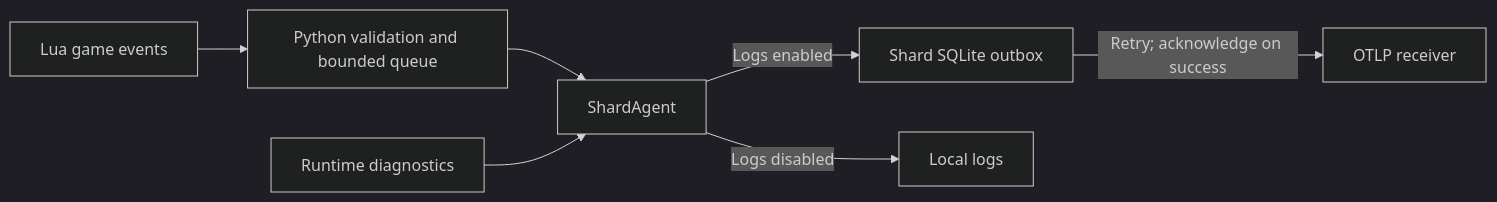
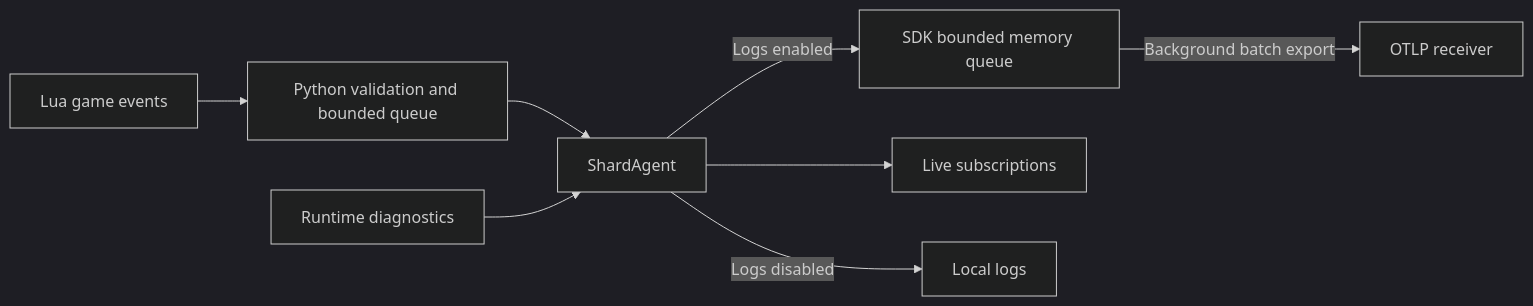
The fourth of 4 diagrams in README.md (LetsStarveTogether/dst-server), drawn with Mermaid (dark theme) before and after one commit. The commit also changed other lines of this file and 17 other files, not shown here.

First line of the commit message:
refactor(telemetry)!: use OpenTelemetry SDK log export

````diff
--- a/README.md
+++ b/README.md
@@ -1047,9 +1048,10 @@
 ```mermaid
 flowchart LR
     Lua["Lua game events"] --> Validate["Python validation and bounded queue"]
     Validate --> Agent["ShardAgent"]
     Runtime["Runtime diagnostics"] --> Agent
-    Agent -->|"Logs enabled"| Disk["Shard SQLite outbox"]
-    Disk -->|"Retry; acknowledge on success"| Receiver["OTLP receiver"]
+    Agent -->|"Logs enabled"| Queue["SDK bounded memory queue"]
+    Queue -->|"Background batch export"| Receiver["OTLP receiver"]
+    Agent --> Live["Live subscriptions"]
     Agent -->|"Logs disabled"| Local["Local logs"]
 ```
````
